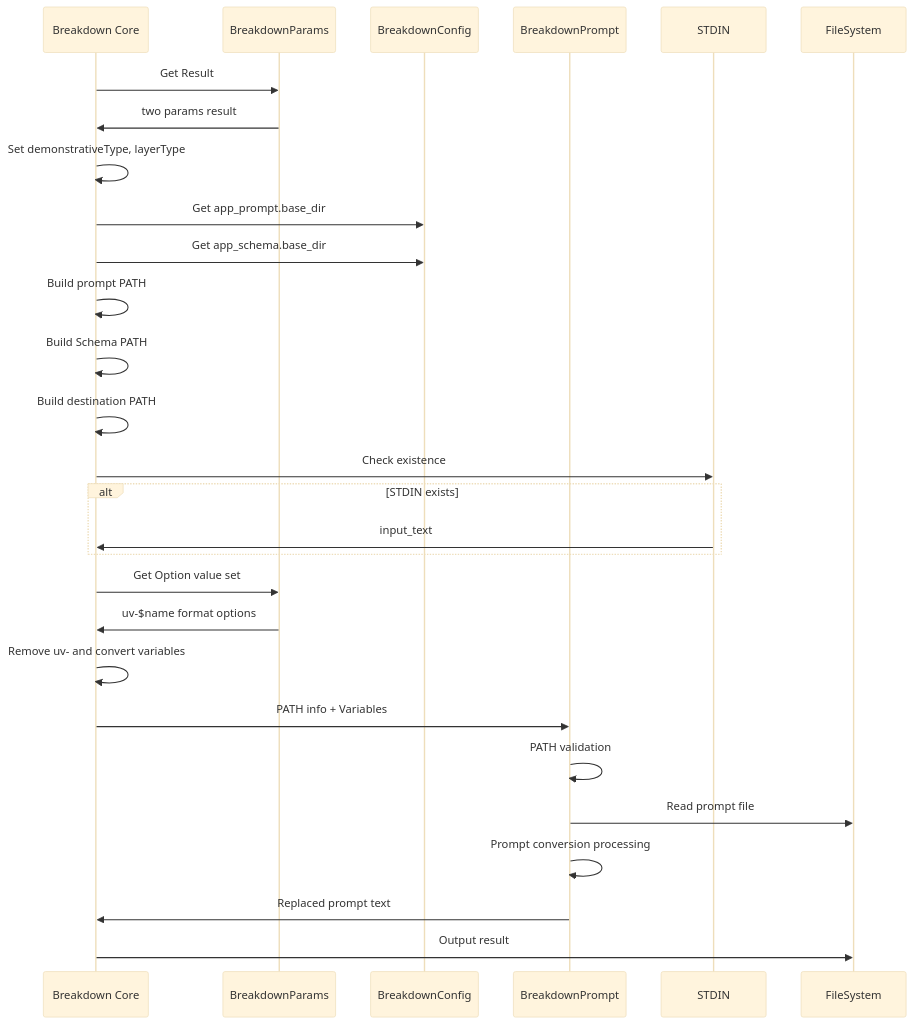
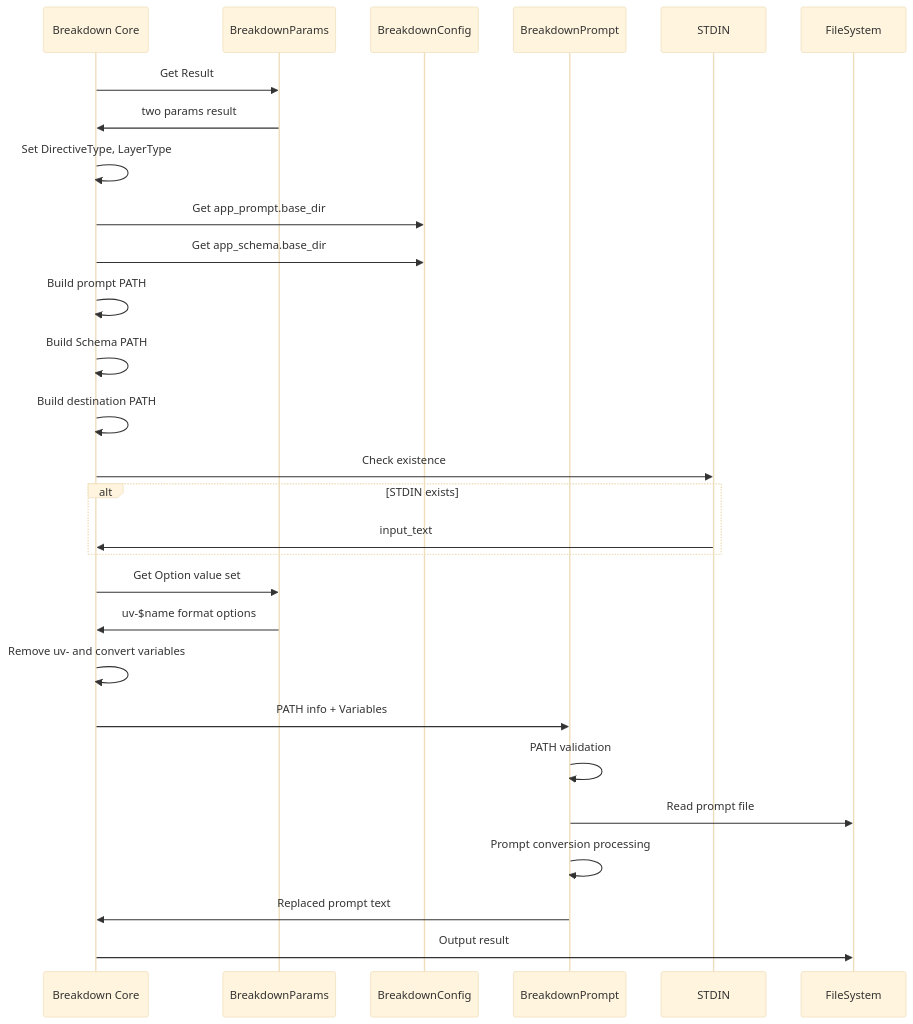
The third of 5 diagrams in docs/breakdown/overview/architecture.md (tettuan/breakdown), drawn with Mermaid (base theme) before and after one commit. The commit also changed other lines of this file and 257 other files, not shown here.

````diff
--- a/docs/breakdown/overview/architecture.md
+++ b/docs/breakdown/overview/architecture.md
@@ -208,36 +213,36 @@
 ```mermaid
 sequenceDiagram
     participant Core as Breakdown Core
     participant Params as BreakdownParams
     participant Config as BreakdownConfig
     participant Prompt as BreakdownPrompt
     participant STDIN
     participant FileSystem
     
     Core->>Params: Get Result
     Params->>Core: two params result
     
-    Core->>Core: Set demonstrativeType, layerType
+    Core->>Core: Set DirectiveType, LayerType
     Core->>Config: Get app_prompt.base_dir
     Core->>Config: Get app_schema.base_dir
     Core->>Core: Build prompt PATH
     Core->>Core: Build Schema PATH
     Core->>Core: Build destination PATH
     
     Core->>STDIN: Check existence
     alt STDIN exists
         STDIN->>Core: input_text
     end
     
     Core->>Params: Get Option value set
     Params->>Core: uv-$name format options
     Core->>Core: Remove uv- and convert variables
     
     Core->>Prompt: PATH info + Variables
     Prompt->>Prompt: PATH validation
     Prompt->>FileSystem: Read prompt file
     Prompt->>Prompt: Prompt conversion processing
     Prompt->>Core: Replaced prompt text
     
     Core->>FileSystem: Output result
 ```
````
